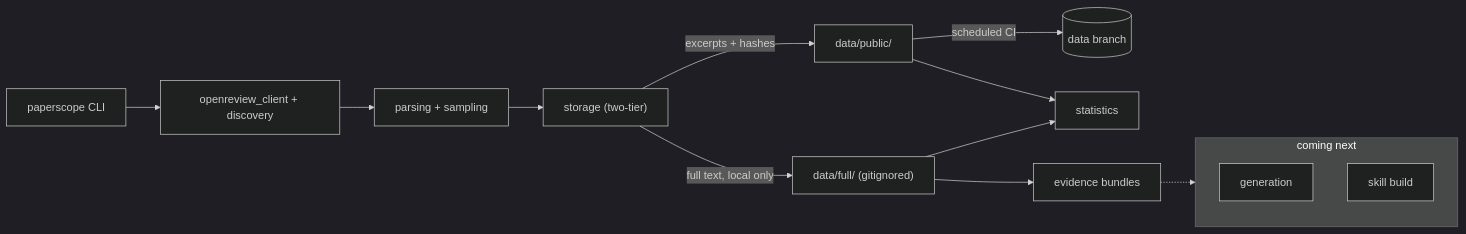
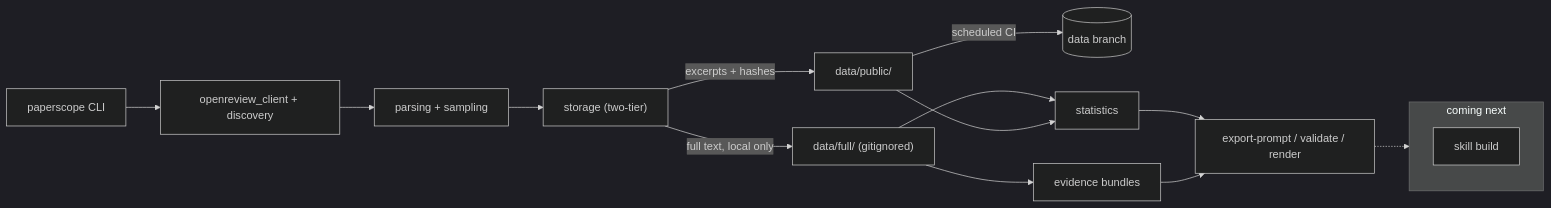
One commit to lakshayxi/paperscope changed the diagram in README.md. Above: the diagram before and after it, drawn with Mermaid (dark theme). The commit also changed other lines of this file and 12 other files, not shown here.

````diff
--- a/README.md
+++ b/README.md
@@ -30,18 +30,19 @@
 ```mermaid
 flowchart LR
     CLI["paperscope CLI"] --> OR["openreview_client + discovery"]
     OR --> PS["parsing + sampling"]
     PS --> ST["storage (two-tier)"]
     ST -->|full text, local only| FULL["data/full/ (gitignored)"]
     ST -->|excerpts + hashes| PUB["data/public/"]
     PUB -->|scheduled CI| BRANCH[("data branch")]
     FULL --> STATS["statistics"]
     FULL --> EVID["evidence bundles"]
     PUB --> STATS
+    STATS --> GEN["export-prompt / validate / render"]
+    EVID --> GEN
 
     subgraph next["coming next"]
-        GEN["generation"]
         SKILL["skill build"]
     end
-    EVID -.-> next
+    GEN -.-> next
 ```
````
